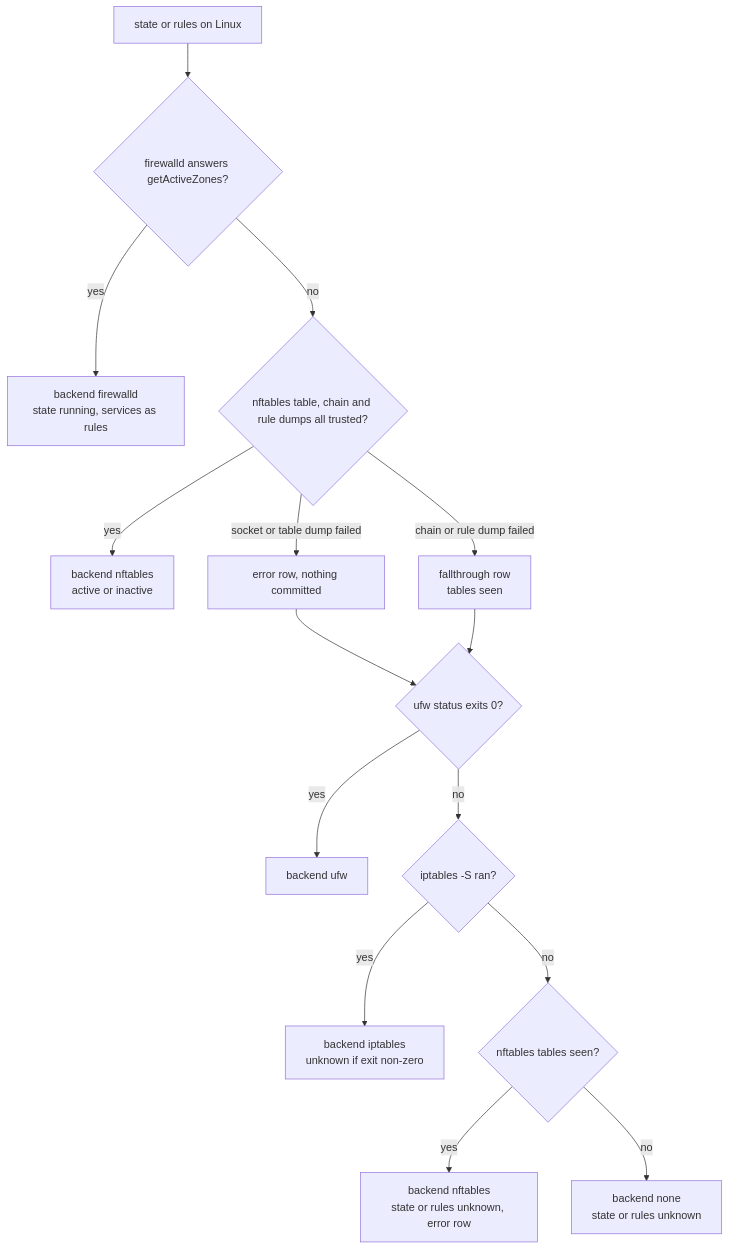
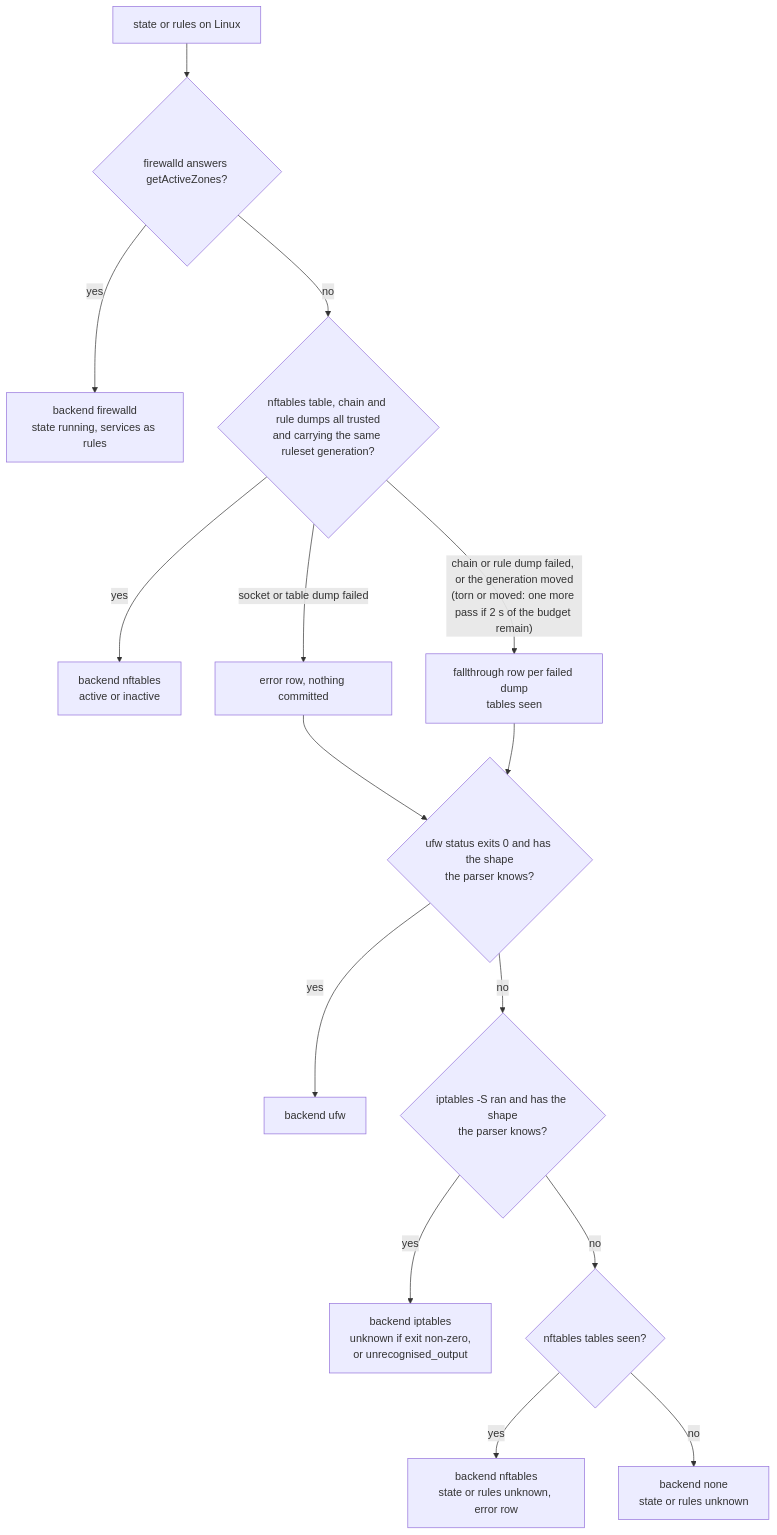
One commit to DevNullLtd/Yuzu changed the third of 4 diagrams in agents/plugins/firewall/README.md. Above: the diagram before and after it, drawn with Mermaid. The commit also changed other lines of this file and 28 other files, not shown here.

````diff
--- a/agents/plugins/firewall/README.md
+++ b/agents/plugins/firewall/README.md
@@ -91,17 +91,17 @@
 ```mermaid
 flowchart TD
   S["state or rules on Linux"] --> F{"firewalld answers getActiveZones?"}
   F -- "yes" --> FD["backend firewalld<br/>state running, services as rules"]
-  F -- "no" --> N{"nftables table, chain and rule dumps all trusted?"}
+  F -- "no" --> N{"nftables table, chain and rule dumps all trusted<br/>and carrying the same ruleset generation?"}
   N -- "yes" --> ND["backend nftables<br/>active or inactive"]
   N -- "socket or table dump failed" --> E1["error row, nothing committed"]
-  N -- "chain or rule dump failed" --> FT["fallthrough row<br/>tables seen"]
+  N -- "chain or rule dump failed, or the generation moved<br/>(torn or moved: one more pass if 2 s of the budget remain)" --> FT["fallthrough row per failed dump<br/>tables seen"]
   E1 --> U
-  FT --> U{"ufw status exits 0?"}
+  FT --> U{"ufw status exits 0 and has the shape<br/>the parser knows?"}
   U -- "yes" --> UD["backend ufw"]
-  U -- "no" --> I{"iptables -S ran?"}
-  I -- "yes" --> ID["backend iptables<br/>unknown if exit non-zero"]
+  U -- "no" --> I{"iptables -S ran and has the shape<br/>the parser knows?"}
+  I -- "yes" --> ID["backend iptables<br/>unknown if exit non-zero,<br/>or unrecognised_output"]
   I -- "no" --> X{"nftables tables seen?"}
   X -- "yes" --> NU["backend nftables<br/>state or rules unknown, error row"]
   X -- "no" --> NONE["backend none<br/>state or rules unknown"]
 ```
````
